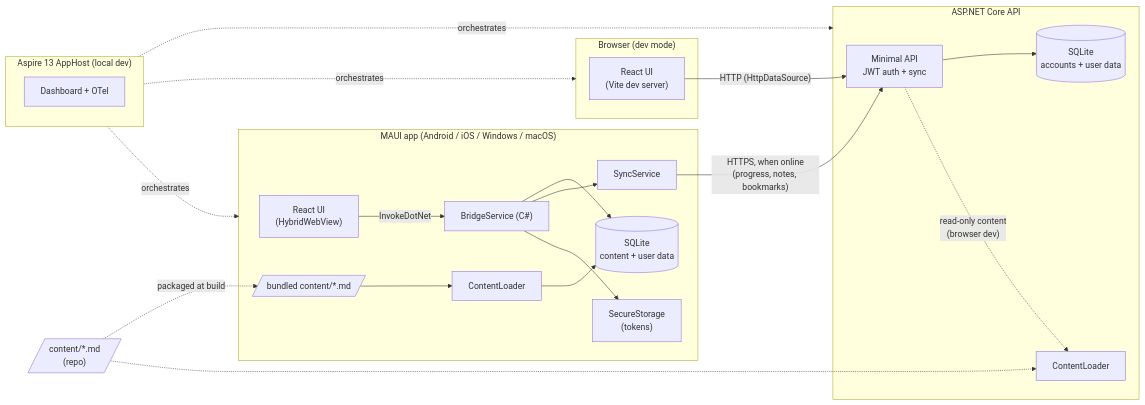
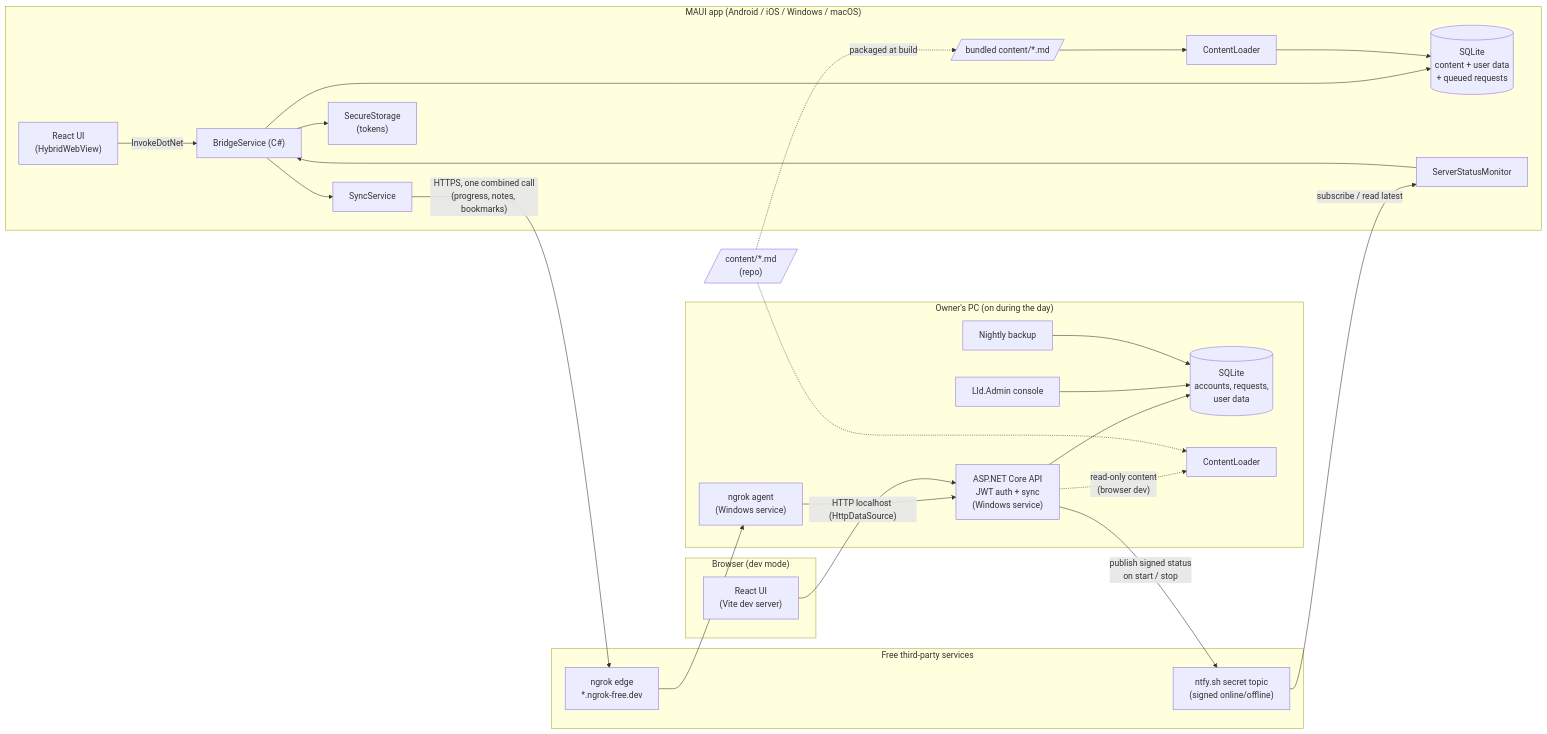
The first of 2 diagrams in docs/plan.md (Akus0ni/LowLevelDesignGuide), drawn with Mermaid before and after one commit. The commit also changed other lines of this file and 3 other files, not shown here.

````diff
--- a/docs/plan.md
+++ b/docs/plan.md
@@ -8,32 +8,37 @@
 ```mermaid
 flowchart LR
     subgraph Device["MAUI app (Android / iOS / Windows / macOS)"]
         UI["React UI<br/>(HybridWebView)"] -- "InvokeDotNet" --> Bridge["BridgeService (C#)"]
-        Bridge --> LocalDb[("SQLite<br/>content + user data")]
+        Bridge --> LocalDb[("SQLite<br/>content + user data<br/>+ queued requests")]
         Bundled[/"bundled content/*.md"/] --> LocalSeeder["ContentLoader"] --> LocalDb
         Bridge --> Sync["SyncService"]
         Bridge --> Secure["SecureStorage<br/>(tokens)"]
+        Status["ServerStatusMonitor"] --> Bridge
     end
+
+    subgraph PC["Owner's PC (on during the day)"]
+        Api["ASP.NET Core API<br/>JWT auth + sync<br/>(Windows service)"] --> ServerDb[("SQLite<br/>accounts, requests,<br/>user data")]
+        Admin["Lld.Admin console"] --> ServerDb
+        Api -. "read-only content<br/>(browser dev)" .-> DevContent["ContentLoader"]
+        Ngrok["ngrok agent<br/>(Windows service)"] --> Api
+        Backup["Nightly backup"] --> ServerDb
+    end
+
+    subgraph Cloud["Free third-party services"]
+        Edge["ngrok edge<br/>*.ngrok-free.dev"]
+        Ntfy["ntfy.sh secret topic<br/>(signed online/offline)"]
+    end
+
+    Sync -- "HTTPS, one combined call<br/>(progress, notes, bookmarks)" --> Edge
+    Edge --> Ngrok
+    Api -- "publish signed status<br/>on start / stop" --> Ntfy
+    Ntfy -- "subscribe / read latest" --> Status
 
     subgraph Browser["Browser (dev mode)"]
         WebUI["React UI<br/>(Vite dev server)"]
     end
-
-    subgraph Server["ASP.NET Core API"]
-        Api["Minimal API<br/>JWT auth + sync"] --> ServerDb[("SQLite<br/>accounts + user data")]
-        Api -. "read-only content<br/>(browser dev)" .-> DevContent["ContentLoader"]
-    end
+    WebUI -- "HTTP localhost (HttpDataSource)" --> Api
 
     Content[/"content/*.md<br/>(repo)"/] -. "packaged at build" .-> Bundled
     Content -.-> DevContent
-    Sync -- "HTTPS, when online<br/>(progress, notes, bookmarks)" --> Api
-    WebUI -- "HTTP (HttpDataSource)" --> Api
-
-    subgraph Aspire["Aspire 13 AppHost (local dev)"]
-        direction TB
-        Dash["Dashboard + OTel"]
-    end
-    Aspire -.orchestrates.-> Server
-    Aspire -.orchestrates.-> Browser
-    Aspire -.orchestrates.-> Device
 ```
````
